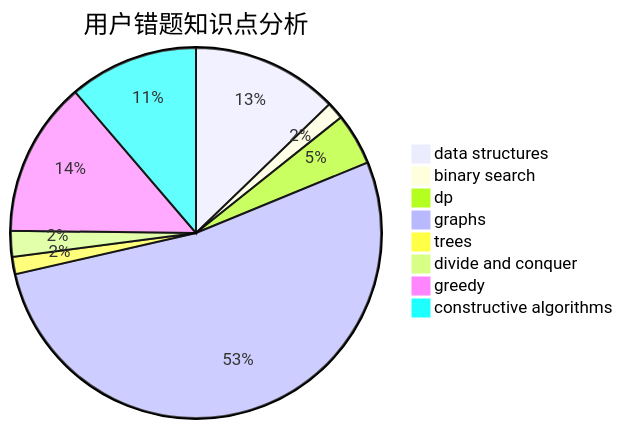
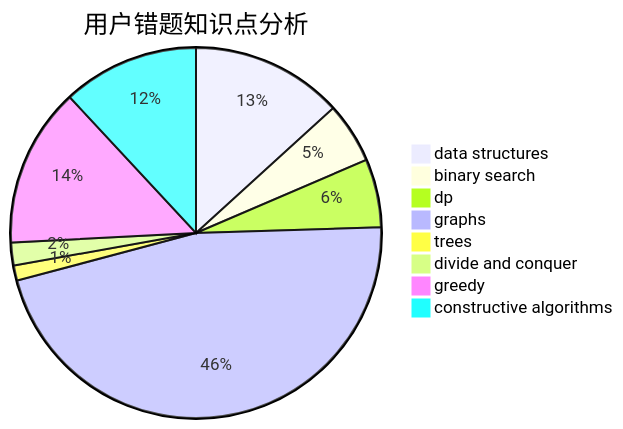
The third of 3 diagrams in docs/user/u2240.md (sherpahu/cfrs.github.io), drawn with Mermaid before and after one commit. The commit also changed other lines of this file and 2770 other files, not shown here.

````diff
--- a/docs/user/u2240.md
+++ b/docs/user/u2240.md
@@ -36,11 +36,11 @@
 ```mermaid
 pie title 用户错题知识点分析
-    "data structures" :  17
-    "binary search" :  2
-    "dp" :  6
+    "data structures" :  20
+    "binary search" :  8
+    "dp" :  9
     "graphs" :  70
     "trees" :  2
     "divide and conquer" :  3
-    "greedy" :  18
-    "constructive algorithms" :  15
+    "greedy" :  21
+    "constructive algorithms" :  18
 ```
````
